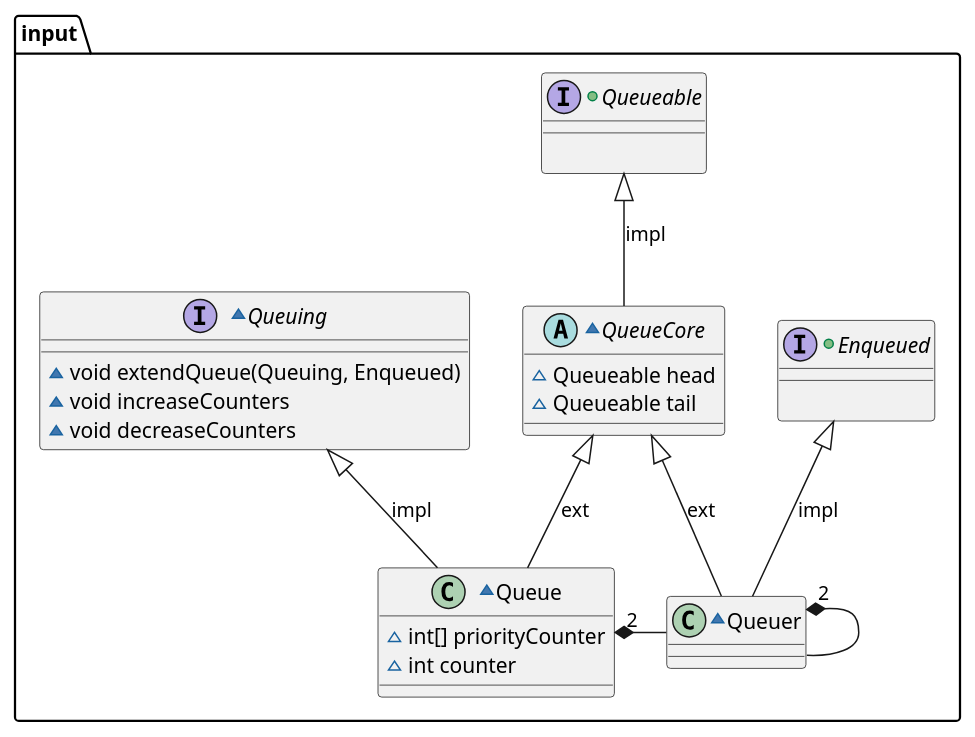
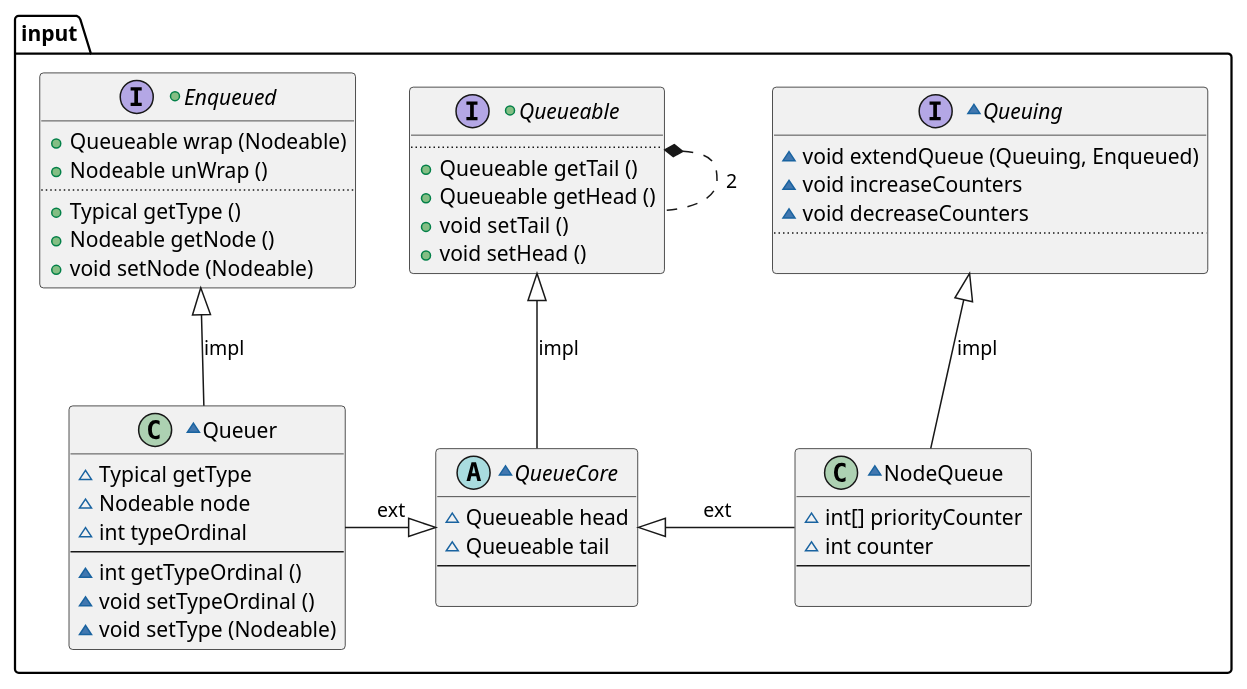
Before and after one commit to vitalispopoff/calculator: the diagram in src/main/resources/input.puml, drawn with PlantUML. The commit also changed 8 other files, not shown here.

Commit message:
input package basics implementation available + uml

```diff
--- a/src/main/resources/input.puml
+++ b/src/main/resources/input.puml
@@ -1,44 +1,75 @@
 @startuml
 package input {
 
-    +interface Enqueued{
-        __
-
-    }
-
-    ~class Queuer{
-    }
-
     +interface Queueable{
-        __
-
-    }
+        ..
+            +{method} Queueable getTail ()
+            +{method} Queueable getHead ()
+            +{method} void setTail ()
+            +{method} void setHead ()
+        }
 
     ~abstract class QueueCore{
             ~{field} Queueable head
             ~{field} Queueable tail
+        --
+
+'        ..
+'            +{method} @Ovr getTail
+'            +{method} @Ovr getHead
+'            +{method} @Ovr setTail
+'            +{method} @Ovr setHead
     }
 
     ~interface Queuing{
-        __
-            ~{method} void extendQueue(Queuing, Enqueued)
+            ~{method} void extendQueue (Queuing, Enqueued)
             ~{method} void increaseCounters
             ~{method} void decreaseCounters
+            ..
+
     }
 
-    ~class Queue{
+    ~class NodeQueue{
             ~{field} int[] priorityCounter
             ~{field} int counter
+        --
+
+'        ..
+'            +{method} @Ovr updateCounters (Queueable)
+'            +{method} @Ovr updateCounters ()
     }
 
-    Enqueued <|-- Queuer : impl
-    Queueable <|-- QueueCore :impl
-    Queuing <|-- Queue :impl
+    +interface Enqueued {
+            +{method} Queueable wrap (Nodeable)
+            +{method} Nodeable unWrap ()
+        ..
+            +{method} Typical getType ()
+            +{method} Nodeable getNode ()
+            +{method} void setNode (Nodeable)
+    }
 
-    QueueCore <|-- Queuer : ext
-    QueueCore <|-- Queue : ext
-    Queue "2" *- Queuer
-    Queuer "2" *- Queuer
+    ~class Queuer{
+            ~{field} Typical getType
+            ~{field} Nodeable node
+            ~{field} int typeOrdinal
+        --
+            ~{method} int getTypeOrdinal ()
+            ~{method} void setTypeOrdinal ()
+            ~{method} void setType (Nodeable)
+'        ..
+'            +{method} @Ovr setNode
+'            +{method} @Ovr getType
+'            +{method} @Ovr getNode
+    }
+
+    Enqueued    <|--    Queuer      :   impl
+    Queueable   <|--    QueueCore   :   impl
+    Queuing     <|--    NodeQueue   :   impl
+
+    QueueCore   <|-     NodeQueue   :   ext
+    Queuer      -|>     QueueCore   :   ext
+
+    Queueable   *..    Queueable    :   2
 
 }
 @enduml
```
